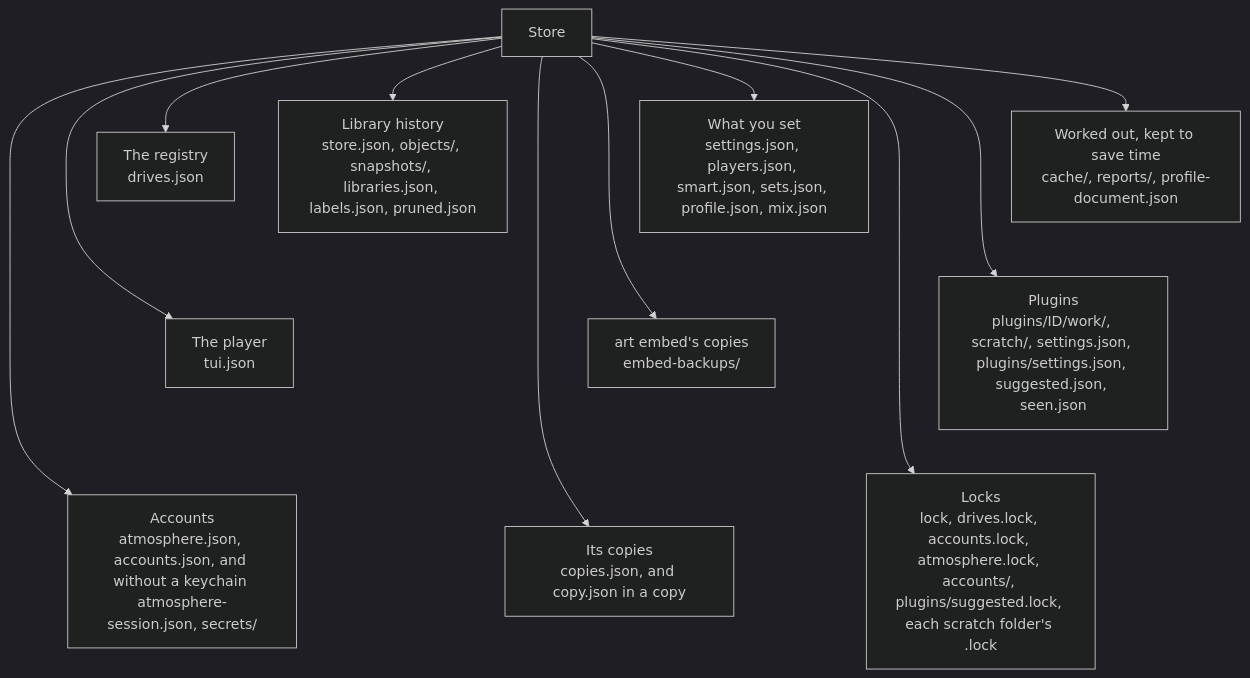
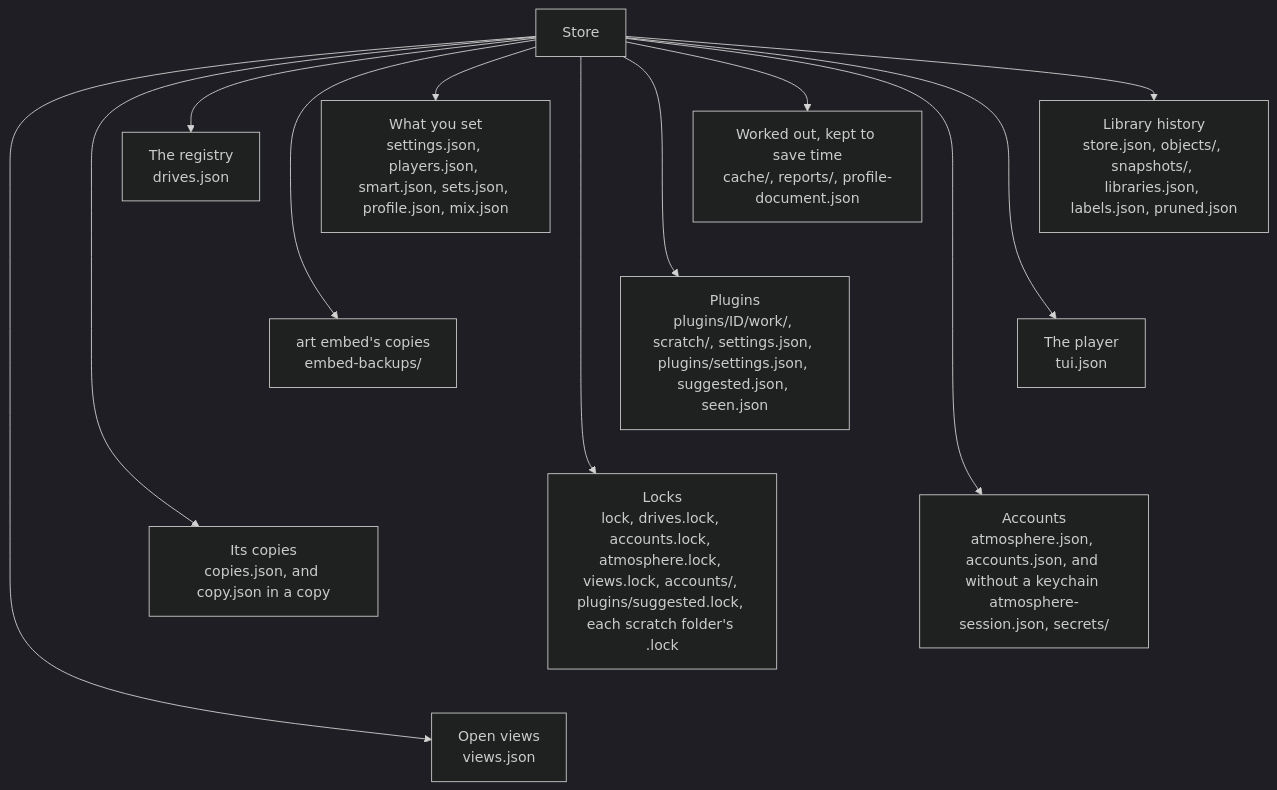
Before and after one commit to cutenode/localnetwork: the second of 18 diagrams in apps/locallibrary/docs/diagrams/store-and-drives.md, drawn with Mermaid (dark theme). The commit also changed other lines of this file and 6 other files, not shown here.

First line of the commit message:
docs(locallibrary): bring the diagrams up to date with the code

````diff
--- a/apps/locallibrary/docs/diagrams/store-and-drives.md
+++ b/apps/locallibrary/docs/diagrams/store-and-drives.md
@@ -60,20 +61,22 @@
 ```mermaid
 flowchart TD
     hub["Store"]
     hub --> history["Library history<br/>store.json, objects/, snapshots/, libraries.json, labels.json, pruned.json"]
     hub --> yours["What you set<br/>settings.json, players.json, smart.json, sets.json, profile.json, mix.json"]
     hub --> registry["The registry<br/>drives.json"]
     hub --> worked["Worked out, kept to save time<br/>cache/, reports/, profile-document.json"]
     hub --> player["The player<br/>tui.json"]
     hub --> art["art embed's copies<br/>embed-backups/"]
     hub --> plugins["Plugins<br/>plugins/ID/work/, scratch/, settings.json, plugins/settings.json, suggested.json, seen.json"]
     hub --> accounts["Accounts<br/>atmosphere.json, accounts.json, and without a keychain atmosphere-session.json, secrets/"]
     hub --> copies["Its copies<br/>copies.json, and copy.json in a copy"]
-    hub --> locks["Locks<br/>lock, drives.lock, accounts.lock, atmosphere.lock, accounts/, plugins/suggested.lock, each scratch folder's .lock"]
+    hub --> locks["Locks<br/>lock, drives.lock, accounts.lock, atmosphere.lock, views.lock, accounts/, plugins/suggested.lock, each scratch folder's .lock"]
+    hub --> views["Open views<br/>views.json"]
     history ~~~ player
     yours ~~~ art
     worked ~~~ plugins
     player ~~~ accounts
     art ~~~ copies
     plugins ~~~ locks
+    accounts ~~~ views
 ```
````
